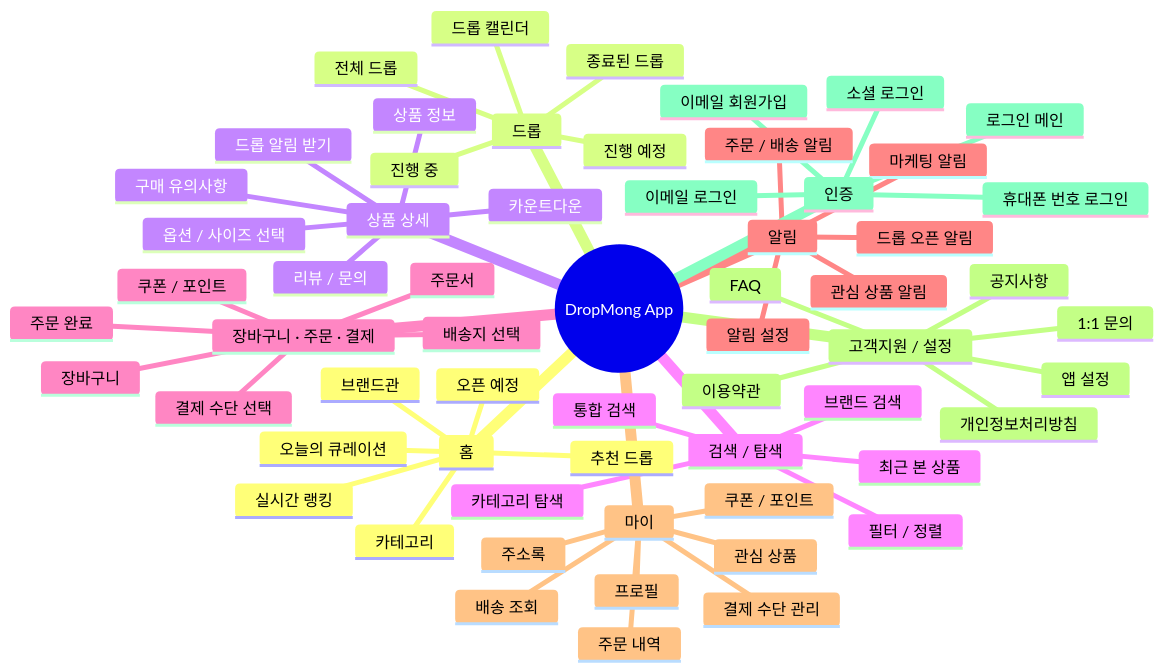
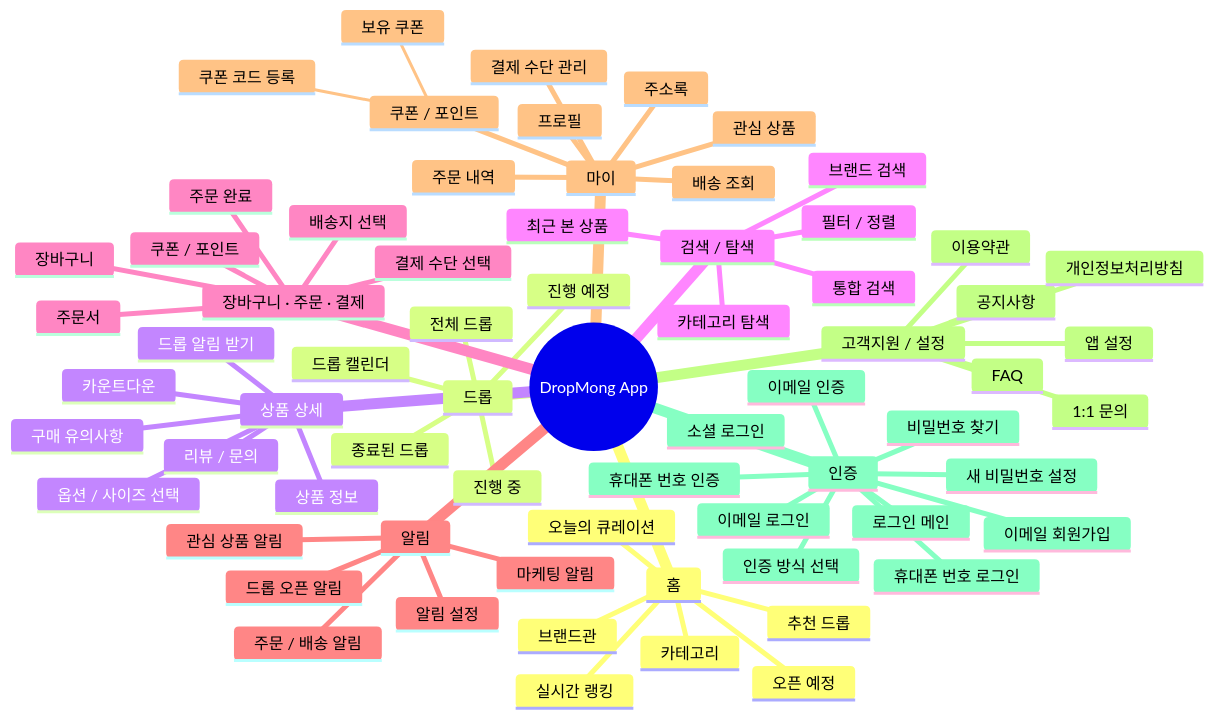
The diagram in blueprint/10-sitemap/README.md (Medikong/archive), drawn with Mermaid before and after one commit. The commit also changed other lines of this file and 5 other files, not shown here.

````diff
--- a/blueprint/10-sitemap/README.md
+++ b/blueprint/10-sitemap/README.md
@@ -30,64 +30,71 @@
 ```mermaid
 mindmap
   root((DropMong App))
     홈
       추천 드롭
       오픈 예정
       오늘의 큐레이션
       카테고리
       브랜드관
       실시간 랭킹
     드롭
       전체 드롭
       진행 예정
       진행 중
       종료된 드롭
       드롭 캘린더
     상품 상세
       상품 정보
       옵션 / 사이즈 선택
       카운트다운
       드롭 알림 받기
       구매 유의사항
       리뷰 / 문의
     검색 / 탐색
       통합 검색
       필터 / 정렬
       카테고리 탐색
       브랜드 검색
       최근 본 상품
     장바구니 · 주문 · 결제
       장바구니
       주문서
       배송지 선택
       쿠폰 / 포인트
       결제 수단 선택
       주문 완료
     알림
       드롭 오픈 알림
       관심 상품 알림
       주문 / 배송 알림
       마케팅 알림
       알림 설정
     마이
       프로필
       관심 상품
       주문 내역
       배송 조회
       쿠폰 / 포인트
+        보유 쿠폰
+        쿠폰 코드 등록
       결제 수단 관리
       주소록
     고객지원 / 설정
       공지사항
       FAQ
       1:1 문의
       이용약관
       개인정보처리방침
       앱 설정
     인증
       로그인 메인
       이메일 로그인
       이메일 회원가입
+      비밀번호 찾기
+      인증 방식 선택
+      휴대폰 번호 인증
+      이메일 인증
+      새 비밀번호 설정
       휴대폰 번호 로그인
       소셜 로그인
 ```
````
